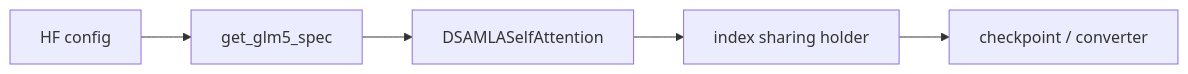
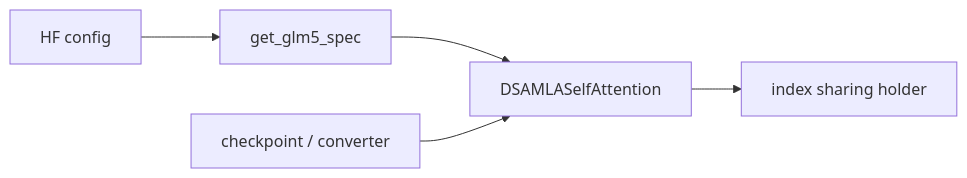
Before and after one commit to OnlyHero5/sglang-reading-vault: the fifth of 5 diagrams in slime_reading/扩展与生态/插件与示例/Slime-插件与示例-数据流.md, drawn with Mermaid. The commit also changed other lines of this file and 512 other files, not shown here.

````diff
--- a/slime_reading/扩展与生态/插件与示例/Slime-插件与示例-数据流.md
+++ b/slime_reading/扩展与生态/插件与示例/Slime-插件与示例-数据流.md
@@ -132,10 +136,11 @@
 ```mermaid
 flowchart LR
     CFG["HF config"]
     SPEC["get_glm5_spec"]
     LAYER["DSAMLASelfAttention"]
     TOPK["index sharing holder"]
     CKPT["checkpoint / converter"]
 
-    CFG --> SPEC --> LAYER --> TOPK --> CKPT
+    CFG --> SPEC --> LAYER --> TOPK
+    CKPT --> LAYER
 ```
````
